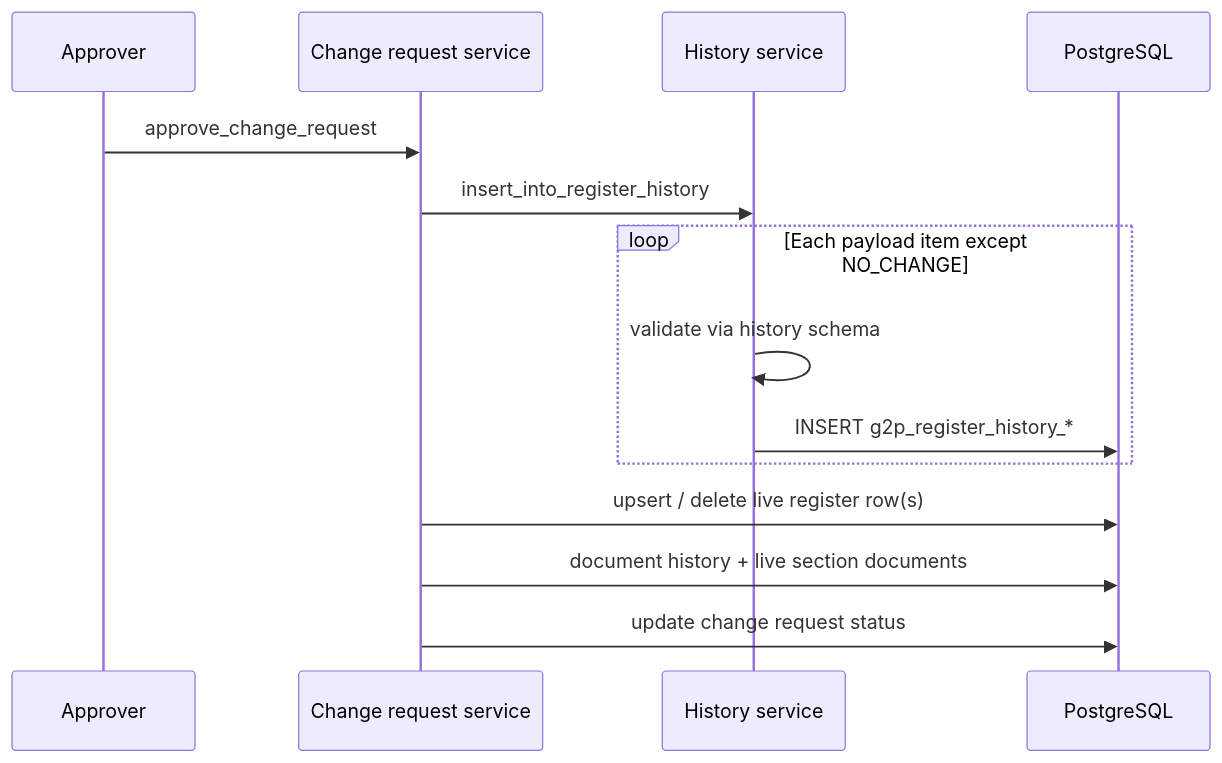
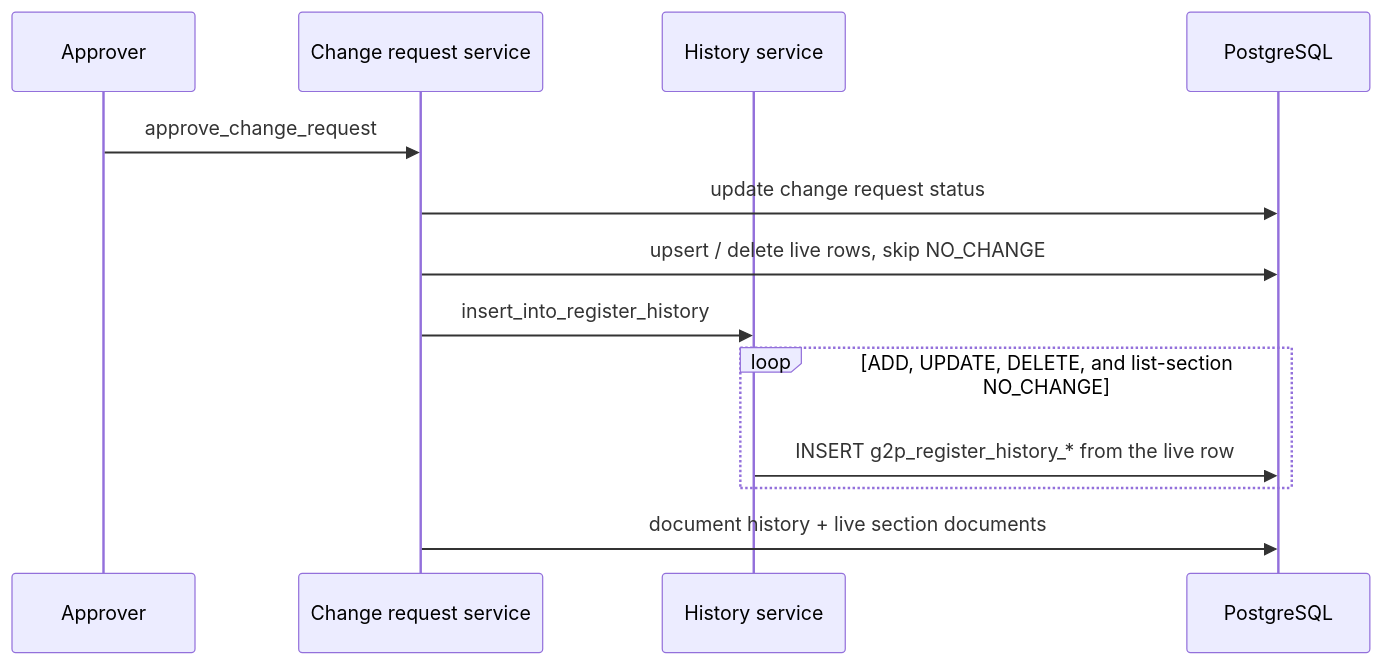
The second of 2 diagrams in products/registry/registry/design/version-history.md (OpenG2P/openg2p-documentation), drawn with Mermaid before and after one commit. The commit also changed other lines of this file and 2 other files, not shown here.

First line of the commit message:
docs(registry): document history written from the live record

````diff
--- a/products/registry/registry/design/version-history.md
+++ b/products/registry/registry/design/version-history.md
@@ -130,17 +131,16 @@
 ```mermaid
 sequenceDiagram
     participant Approver
     participant CRS as Change request service
     participant HS as History service
     participant PG as PostgreSQL
 
     Approver->>CRS: approve_change_request
+    CRS->>PG: update change request status
+    CRS->>PG: upsert / delete live rows, skip NO_CHANGE
     CRS->>HS: insert_into_register_history
-    loop Each payload item except NO_CHANGE
-        HS->>HS: validate via history schema
-        HS->>PG: INSERT g2p_register_history_*
+    loop ADD, UPDATE, DELETE, and list-section NO_CHANGE
+        HS->>PG: INSERT g2p_register_history_* from the live row
     end
-    CRS->>PG: upsert / delete live register row(s)
     CRS->>PG: document history + live section documents
-    CRS->>PG: update change request status
 ```
````
